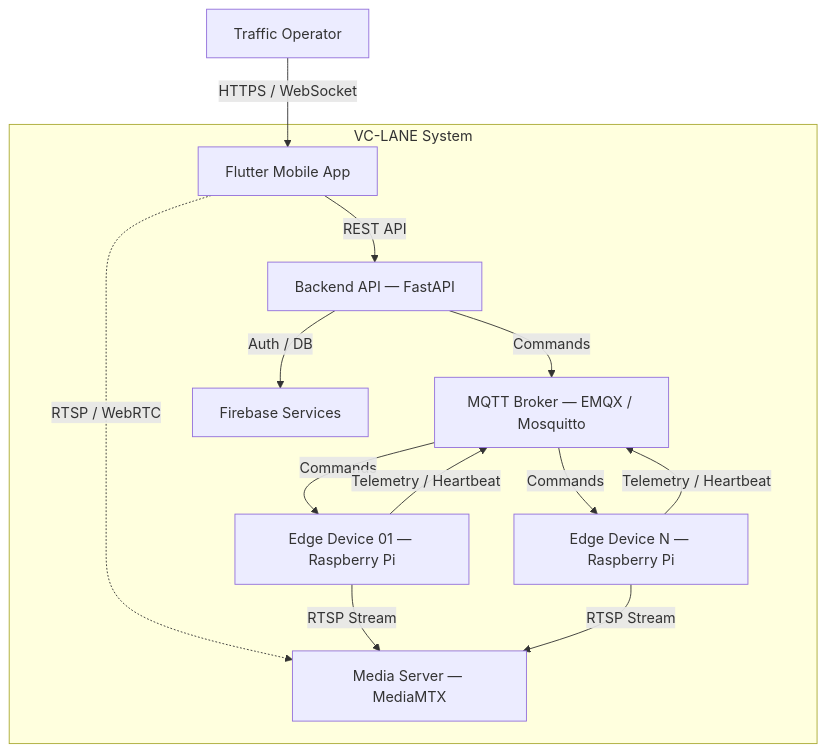
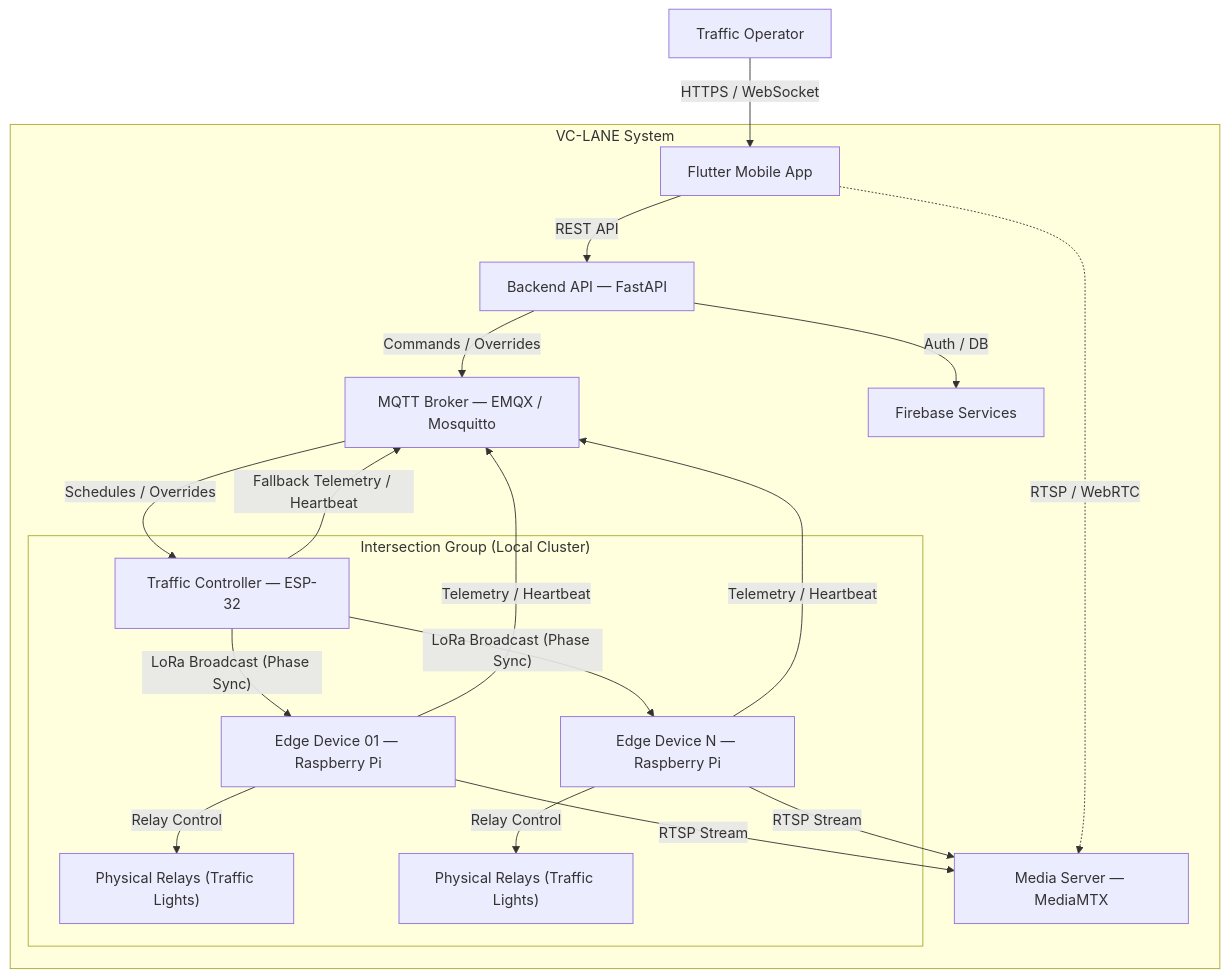
One commit to vclane/vclane-docs changed the diagram in docs/architecture.md. Above: the diagram before and after it, drawn with Mermaid. The commit also changed other lines of this file and 7 other files, not shown here.

Commit message:
docs: create comprehensive system documentation for architecture, edge devices, and communication protocols

````diff
--- a/docs/architecture.md
+++ b/docs/architecture.md
@@ -3,20 +3,33 @@
 ```mermaid
 graph TB
     User["Traffic Operator"] -->|"HTTPS / WebSocket"| App["Flutter Mobile App"]
 
     subgraph System["VC-LANE System"]
         App -->|"REST API"| Backend["Backend API — FastAPI"]
         App -.->|"RTSP / WebRTC"| Media["Media Server — MediaMTX"]
 
-        Backend -->|"Commands"| MQTT["MQTT Broker — EMQX / Mosquitto"]
+        Backend -->|"Commands / Overrides"| MQTT["MQTT Broker — EMQX / Mosquitto"]
         Backend -->|"Auth / DB"| Firebase["Firebase Services"]
 
-        MQTT -->|"Commands"| Edge1["Edge Device 01 — Raspberry Pi"]
-        MQTT -->|"Commands"| EdgeN["Edge Device N — Raspberry Pi"]
+        subgraph Group["Intersection Group (Local Cluster)"]
+            ESP32["Traffic Controller — ESP-32"]
+            Edge1["Edge Device 01 — Raspberry Pi"]
+            EdgeN["Edge Device N — Raspberry Pi"]
+            
+            ESP32 -->|"LoRa Broadcast (Phase Sync)"| Edge1
+            ESP32 -->|"LoRa Broadcast (Phase Sync)"| EdgeN
+            
+            Edge1 -->|"Relay Control"| Relays1["Physical Relays (Traffic Lights)"]
+            EdgeN -->|"Relay Control"| RelaysN["Physical Relays (Traffic Lights)"]
+        end
+
+        MQTT -->|"Schedules / Overrides"| ESP32
+        ESP32 -->|"Fallback Telemetry / Heartbeat"| MQTT
+
         Edge1 -->|"Telemetry / Heartbeat"| MQTT
         EdgeN -->|"Telemetry / Heartbeat"| MQTT
 
         Edge1 -->|"RTSP Stream"| Media
         EdgeN -->|"RTSP Stream"| Media
     end
 ```
````
